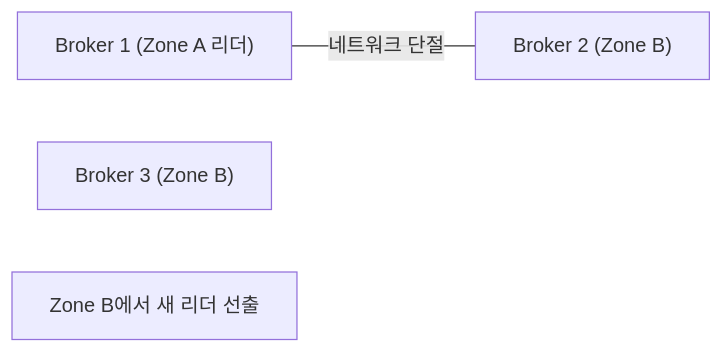
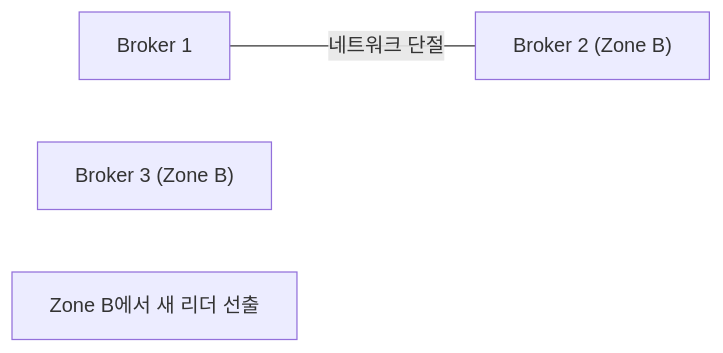
Diagram 16 of 21 in _posts/kafka/2026-05-01-kafka-extreme-scenarios.md (yjkim2015/yjkim2015.github.io), drawn with Mermaid before and after one commit. The commit also changed other lines of this file and 245 other files, not shown here.

First line of the commit message:
Mermaid 다이어그램 전면 수정 + 면접 포인트 접기/펼치기 + DB 데드락 페이지

````diff
--- a/_posts/kafka/2026-05-01-kafka-extreme-scenarios.md
+++ b/_posts/kafka/2026-05-01-kafka-extreme-scenarios.md
@@ -498,8 +498,8 @@
 ```mermaid
 graph LR
-    B1["Broker 1 (Zone A 리더)"]
+    B1["Broker 1"]
     B2["Broker 2 (Zone B)"]
     B3["Broker 3 (Zone B)"]
     B1 ---|네트워크 단절| B2
     Note1["Zone B에서 새 리더 선출"]
 ```
````
